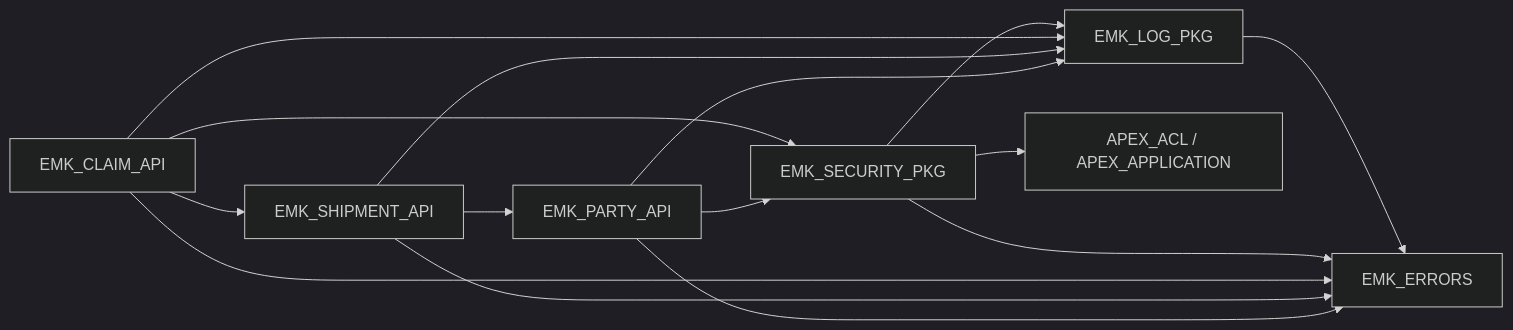
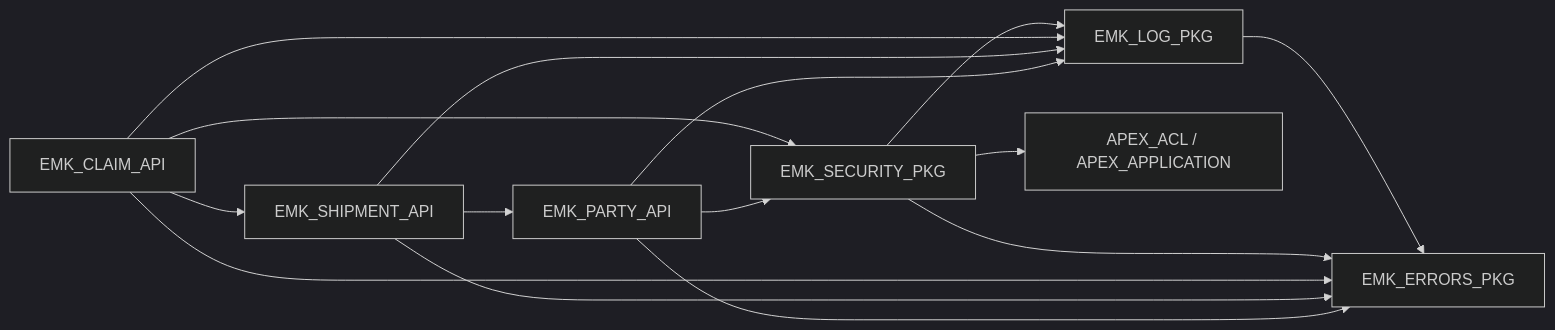
One commit to nmuller000/euromarket-claims-manager changed the second of 5 diagrams in docs/design/api-design.md. Above: the diagram before and after it, drawn with Mermaid (dark theme). The commit also changed other lines of this file and 23 other files, not shown here.

Commit message:
test(m1a): utPLSQL suites for steps 1-6 in the schema of the tested objects (42 tests green); rename EMK_ERRORS to EMK_ERRORS_PKG and purge to purge_entries

````diff
--- a/docs/design/api-design.md
+++ b/docs/design/api-design.md
@@ -87,17 +87,17 @@
 ```mermaid
 flowchart LR
     party["EMK_PARTY_API"] --> sec["EMK_SECURITY_PKG"]
     ship["EMK_SHIPMENT_API"] --> party
     claim["EMK_CLAIM_API"] --> ship
     claim --> sec
     party --> log["EMK_LOG_PKG"]
     ship --> log
     claim --> log
     sec --> log
-    party --> err["EMK_ERRORS"]
+    party --> err["EMK_ERRORS_PKG"]
     ship --> err
     claim --> err
     sec --> err
     log --> err
     sec --> acl["APEX_ACL / APEX_APPLICATION"]
 ```
````
